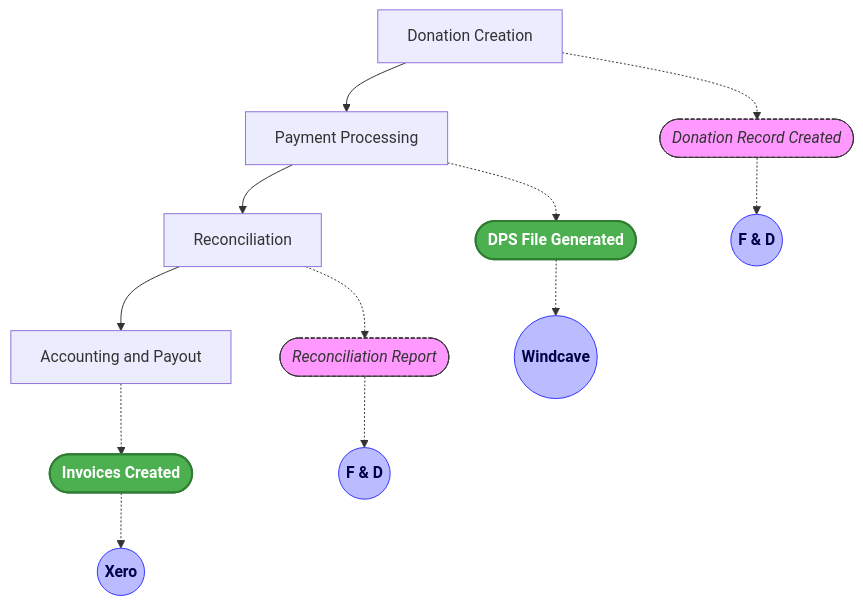
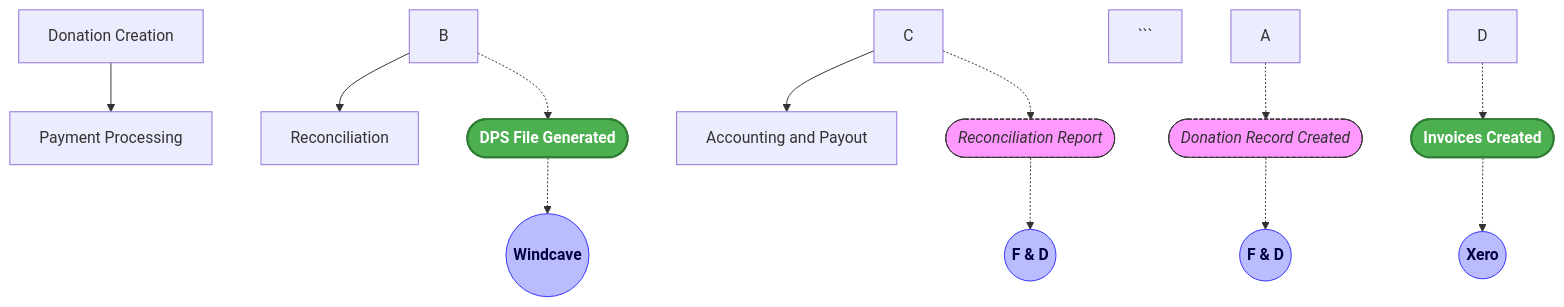
The second of 2 diagrams in _posts/2025-08-05-thinking-in-ddd-applying-ubiquitous-language-to-real-world-financial-workflows.md (oninebx/blog), drawn with Mermaid before and after one commit. The commit also changed other lines of this file, not shown here.

Commit message:
Update Blog “2025-08-05-thinking-in-ddd-applying-ubiquitous-language-to-real-world-financial-workflows”

````diff
--- a/_posts/2025-08-05-thinking-in-ddd-applying-ubiquitous-language-to-real-world-financial-workflows.md
+++ b/_posts/2025-08-05-thinking-in-ddd-applying-ubiquitous-language-to-real-world-financial-workflows.md
@@ -45,34 +47,37 @@
 <div class="mermaid">
 flowchart TD
-A[Donation Creation] --> B[Payment Processing]
-    B --> C[Reconciliation]
-    C --> D[Accounting and Payout]
+A\[Donation Creation] --> B\[Payment Processing]
+    B --> C\[Reconciliation]
+    C --> D\[Accounting and Payout]
 
-    A_remark([Donation Record Created])
-    B_remark([DPS File Generated])
-    C_remark([Reconciliation Report])
-    D_remark([Invoices Created])
+```
+A_remark([Donation Record Created])
+B_remark([DPS File Generated])
+C_remark([Reconciliation Report])
+D_remark([Invoices Created])
 
-    A_sys((F & D))
-    B_sys((Windcave))
-    C_sys((F & D))
-    D_sys((Xero))
+A_sys((F & D))
+B_sys((Windcave))
+C_sys((F & D))
+D_sys((Xero))
 
-    A -.-> A_remark
-    B -.-> B_remark
-    C -.-> C_remark
-    D -.-> D_remark
+A -.-> A_remark
+B -.-> B_remark
+C -.-> C_remark
+D -.-> D_remark
 
-    A_remark -.-> A_sys
-    B_remark -.-> B_sys
-    C_remark -.-> C_sys
-    D_remark -.-> D_sys
+A_remark -.-> A_sys
+B_remark -.-> B_sys
+C_remark -.-> C_sys
+D_remark -.-> D_sys
 
-    classDef remarkNode fill:#f9f,stroke:#333,stroke-dasharray: 4 2,color:#333,font-style:italic;
-    classDef systemNode fill:#bbf,stroke:#33f,color:#004,font-weight:bold;
-    classDef docButton fill:#4CAF50,stroke:#2E7D32,color:#fff,font-weight:bold,stroke-width:2,rx:8,ry:8,cursor:pointer;
+classDef remarkNode fill:#f9f,stroke:#333,stroke-dasharray: 4 2,color:#333,font-style:italic;
+classDef systemNode fill:#bbf,stroke:#33f,color:#004,font-weight:bold;
+classDef docButton fill:#4CAF50,stroke:#2E7D32,color:#fff,font-weight:bold,stroke-width:2,rx:8,ry:8,cursor:pointer;
 
-    class A_remark,C_remark remarkNode;
-    class B_remark,D_remark docButton;
-    class A_sys,B_sys,C_sys,D_sys systemNode;
+class A_remark,C_remark remarkNode;
+class B_remark,D_remark docButton;
+class A_sys,B_sys,C_sys,D_sys systemNode;
+```
+
 </div>
````
